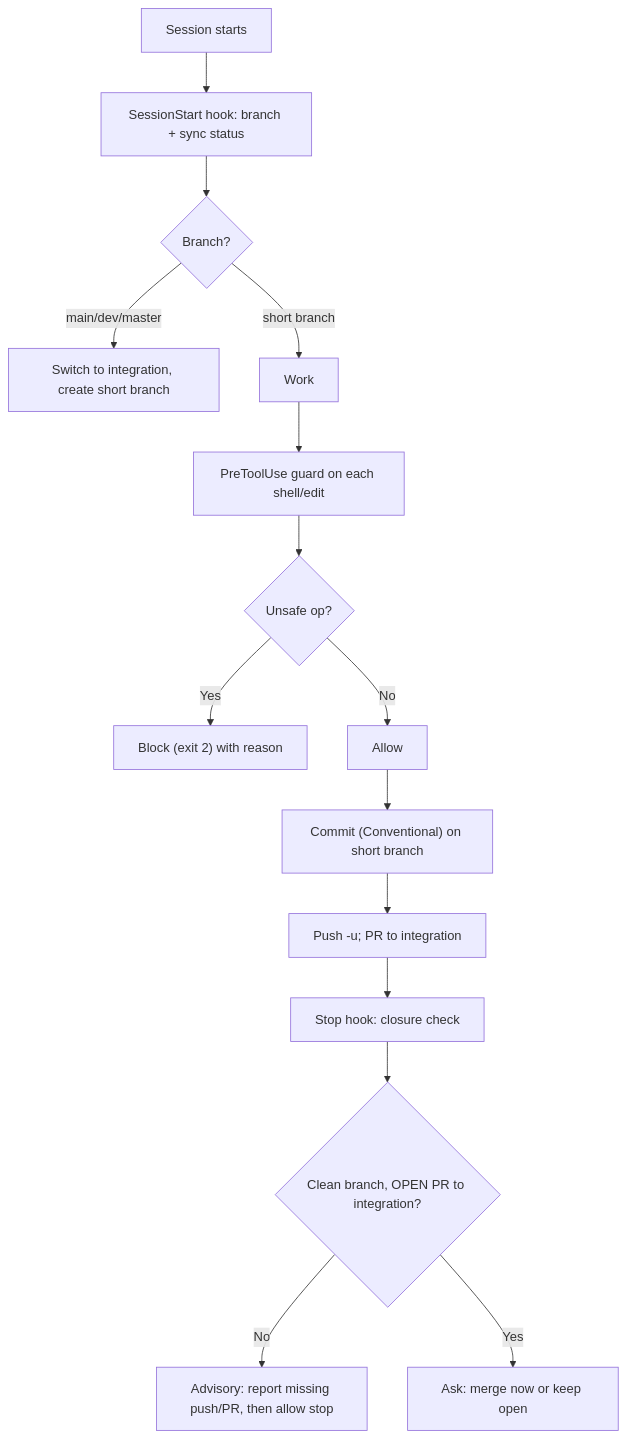
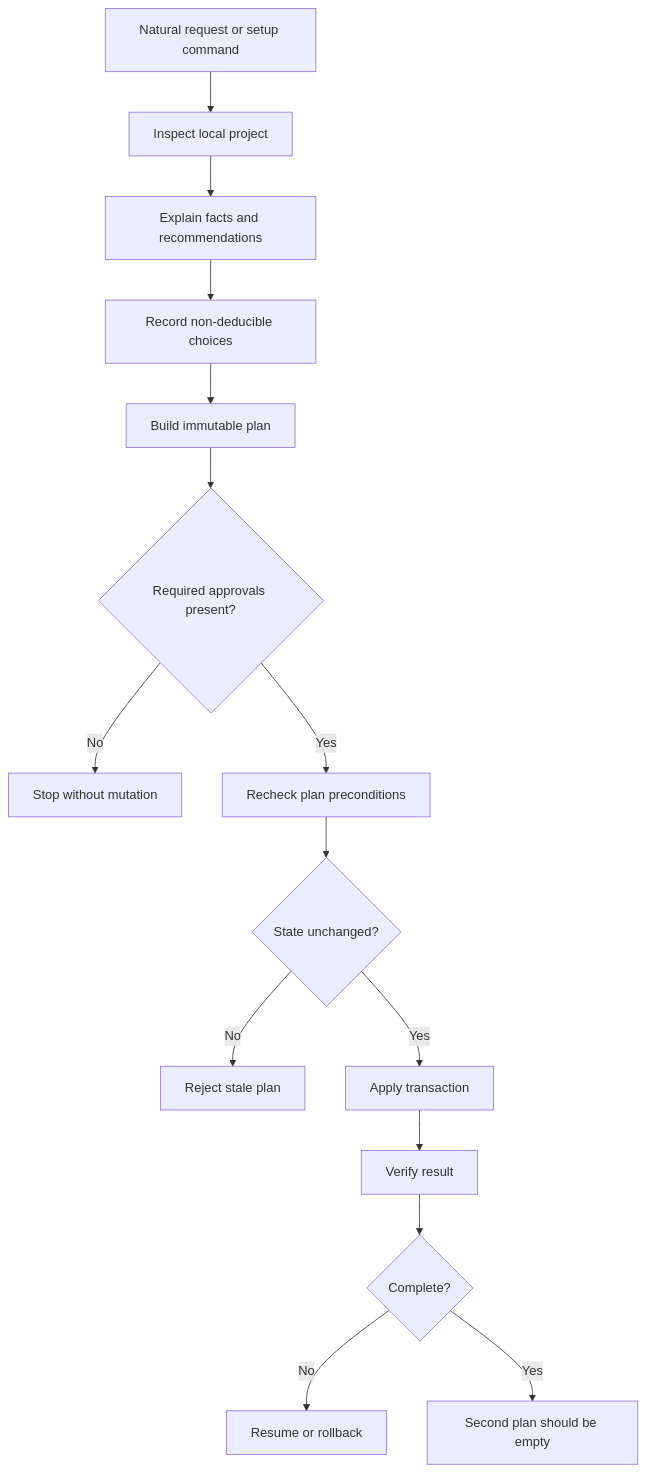
The diagram in references/workflow.md (AureleDev/gitflow-sentinel), drawn with Mermaid before and after one commit. The commit also changed other lines of this file and 21 other files, not shown here.

````diff
--- a/references/workflow.md
+++ b/references/workflow.md
@@ -51,17 +39,17 @@
 ```mermaid
 flowchart TD
-  A["Session starts"] --> B["SessionStart hook: branch + sync status"]
-  B --> C{"Branch?"}
-  C -- "main/dev/master" --> D["Switch to integration, create short branch"]
-  C -- "short branch" --> E["Work"]
-  E --> F["PreToolUse guard on each shell/edit"]
-  F --> G{"Unsafe op?"}
-  G -- "Yes" --> H["Block (exit 2) with reason"]
-  G -- "No" --> I["Allow"]
-  I --> J["Commit (Conventional) on short branch"]
-  J --> K["Push -u; PR to integration"]
-  K --> L["Stop hook: closure check"]
-  L --> M{"Clean branch, OPEN PR to integration?"}
-  M -- "No" --> N["Advisory: report missing push/PR, then allow stop"]
-  M -- "Yes" --> O["Ask: merge now or keep open"]
+  A["Natural request or setup command"] --> B["Inspect local project"]
+  B --> C["Explain facts and recommendations"]
+  C --> D["Record non-deducible choices"]
+  D --> E["Build immutable plan"]
+  E --> F{"Required approvals present?"}
+  F -- "No" --> G["Stop without mutation"]
+  F -- "Yes" --> H["Recheck plan preconditions"]
+  H --> I{"State unchanged?"}
+  I -- "No" --> J["Reject stale plan"]
+  I -- "Yes" --> K["Apply transaction"]
+  K --> L["Verify result"]
+  L --> M{"Complete?"}
+  M -- "No" --> N["Resume or rollback"]
+  M -- "Yes" --> O["Second plan should be empty"]
 ```
````
